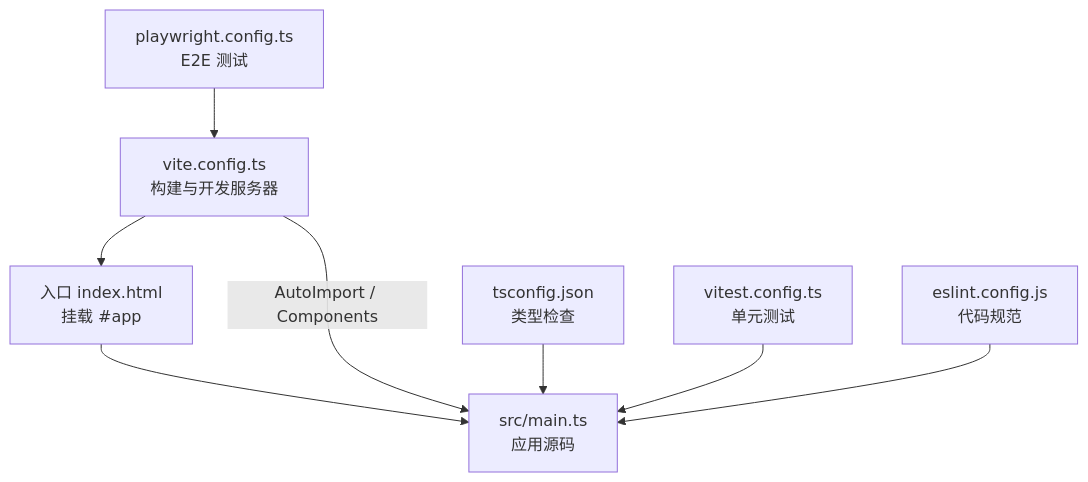
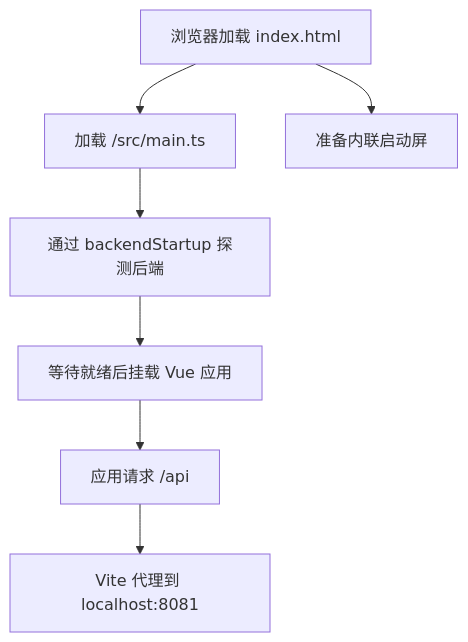
The diagram in docs/architecture/modules/metadata-registry-ui-metadata-registry-ui.md (matrixlane/MetadataRegistry4J), drawn with Mermaid before and after one commit. The commit also changed other lines of this file and 321 other files, not shown here.

````diff
--- a/docs/architecture/modules/metadata-registry-ui-metadata-registry-ui.md
+++ b/docs/architecture/modules/metadata-registry-ui-metadata-registry-ui.md
@@ -30,10 +19,9 @@
 ```mermaid
-graph TD
-    A[vite.config.ts<br/>构建与开发服务器] --> B[入口 index.html<br/>挂载 #app]
-    B --> C[src/main.ts<br/>应用源码]
-    A -->|AutoImport / Components| C
-    D[tsconfig.json<br/>类型检查] --> C
-    E[vitest.config.ts<br/>单元测试] --> C
-    F[playwright.config.ts<br/>E2E 测试] --> A
-    G[eslint.config.js<br/>代码规范] --> C
+flowchart TD
+    A["浏览器加载 index.html"] --> C["加载 /src/main.ts"]
+    A --> B["准备内联启动屏"]
+    C --> D["通过 backendStartup 探测后端"]
+    D --> E["等待就绪后挂载 Vue 应用"]
+    E --> F["应用请求 /api"]
+    F --> G["Vite 代理到 localhost:8081"]
 ```
````
